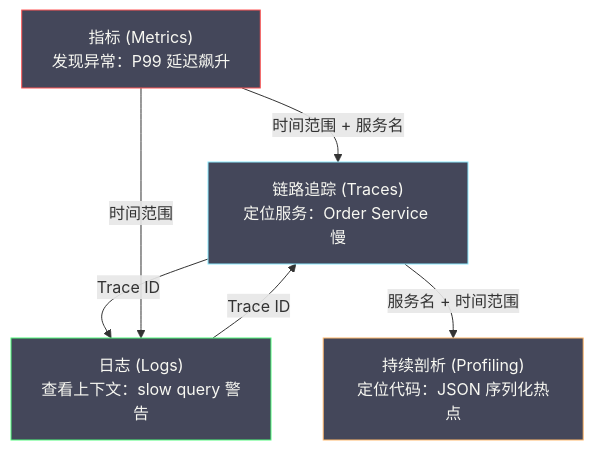
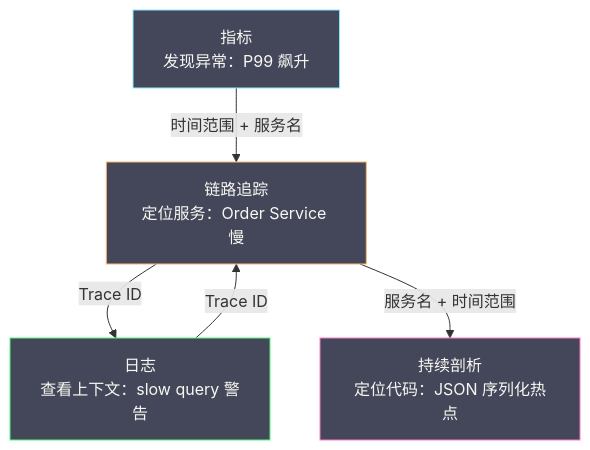
One commit to hpliStartAgain/my-brain changed the diagram in content/可观测/00 可观测性全景导览.md. Above: the diagram before and after it, drawn with Mermaid. The commit also changed other lines of this file and 511 other files, not shown here.

````diff
--- a/content/可观测/00 可观测性全景导览.md
+++ b/content/可观测/00 可观测性全景导览.md
@@ -164,24 +108,22 @@
 ```mermaid
 %%{init: {'theme': 'dracula'}}%%
 graph TD
-    M["指标 (Metrics)</br>发现异常：P99 延迟飙升"]
-    T["链路追踪 (Traces)</br>定位服务：Order Service 慢"]
-    L["日志 (Logs)</br>查看上下文：slow query 警告"]
-    P["持续剖析 (Profiling)</br>定位代码：JSON 序列化热点"]
+    M["指标<br/>发现异常：P99 飙升"]
+    T["链路追踪<br/>定位服务：Order Service 慢"]
+    L["日志<br/>查看上下文：slow query 警告"]
+    P["持续剖析<br/>定位代码：JSON 序列化热点"]
 
     M -->|"时间范围 + 服务名"| T
     T -->|"Trace ID"| L
     T -->|"服务名 + 时间范围"| P
-    M -->|"时间范围"| L
     L -->|"Trace ID"| T
 
-    classDef metrics fill:#44475a,stroke:#ff5555,color:#f8f8f2
-    classDef traces fill:#44475a,stroke:#8be9fd,color:#f8f8f2
+    classDef metrics fill:#44475a,stroke:#8be9fd,color:#f8f8f2
+    classDef traces fill:#44475a,stroke:#ffb86c,color:#f8f8f2
     classDef logs fill:#44475a,stroke:#50fa7b,color:#f8f8f2
-    classDef profiling fill:#44475a,stroke:#ffb86c,color:#f8f8f2
-
+    classDef prof fill:#44475a,stroke:#ff79c6,color:#f8f8f2
     class M metrics
     class T traces
     class L logs
-    class P profiling
+    class P prof
 ```
````
